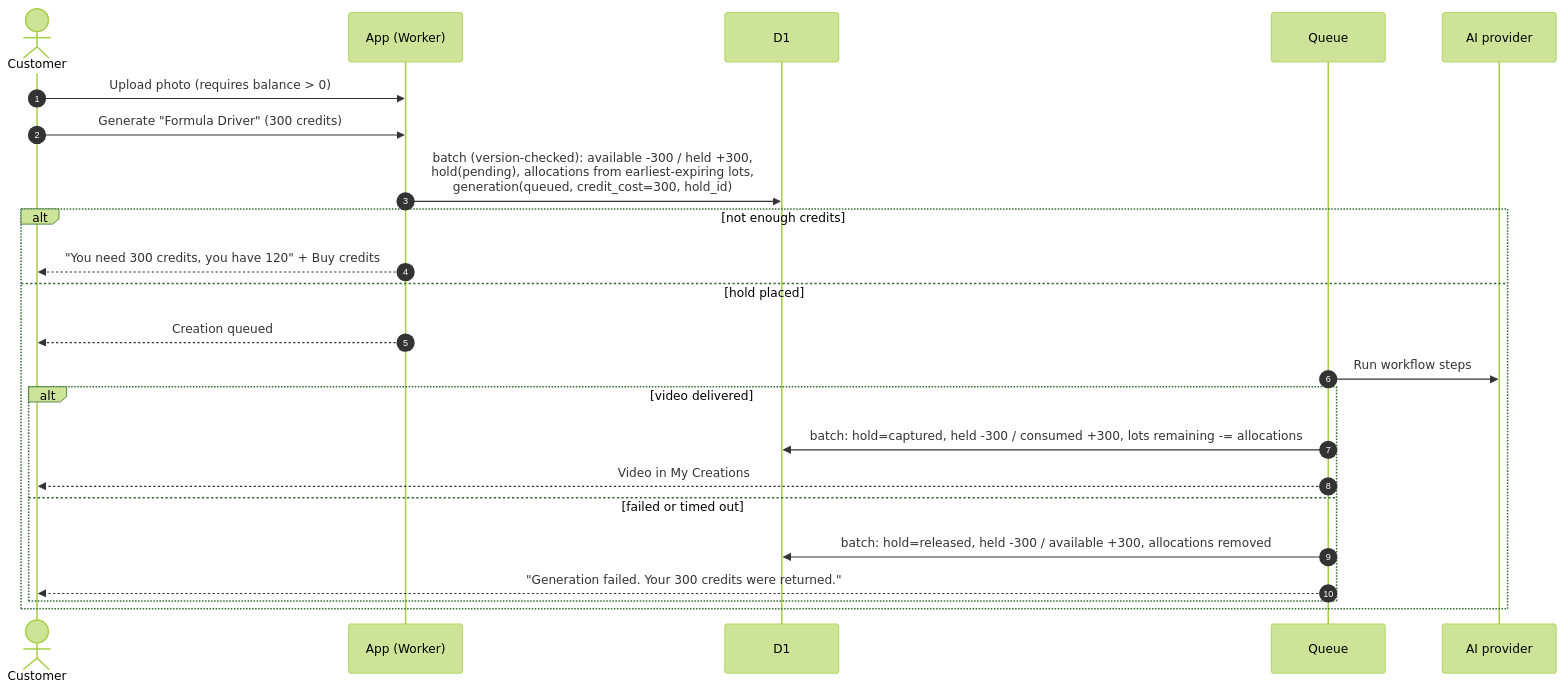
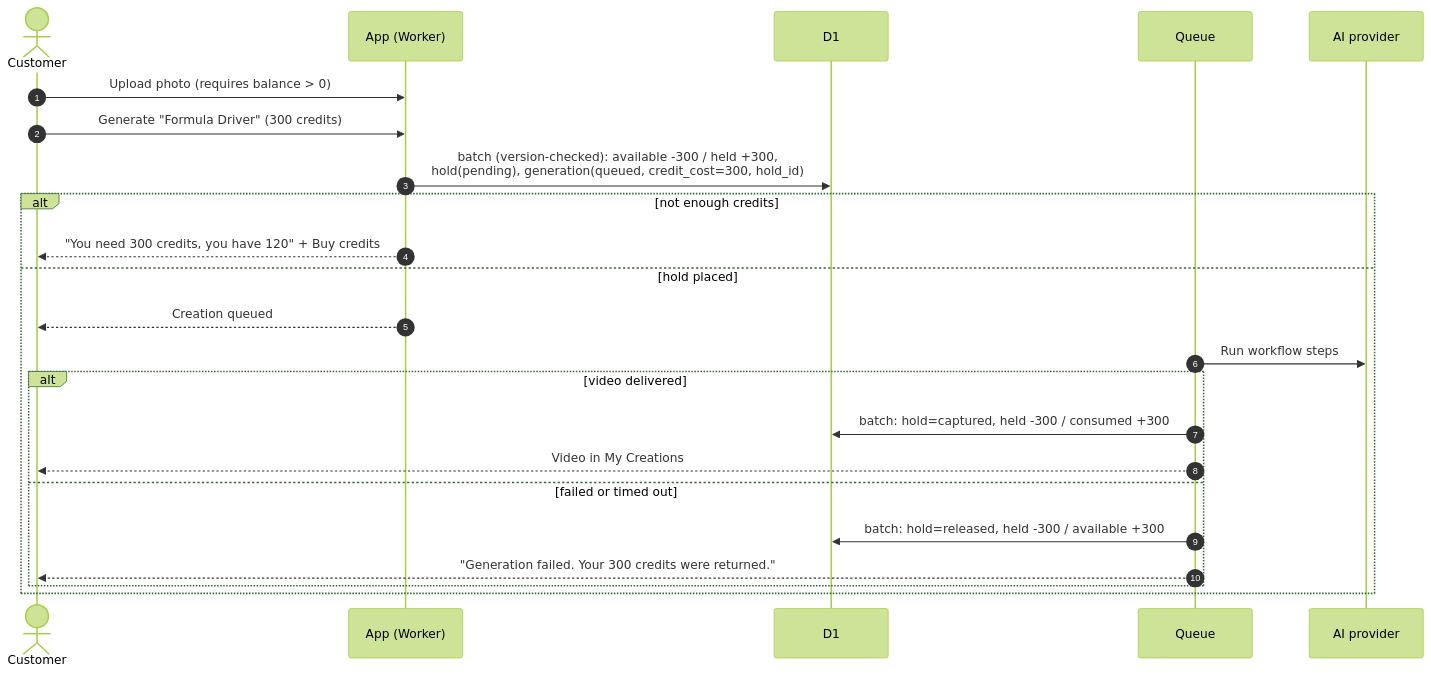
Before and after one commit to EgliMalaj09/ai-clone: the fourth of 7 diagrams in docs/CREDITS-ARCHITECTURE.md, drawn with Mermaid (forest theme). The commit also changed other lines of this file, not shown here.

````diff
--- a/docs/CREDITS-ARCHITECTURE.md
+++ b/docs/CREDITS-ARCHITECTURE.md
@@ -262,25 +261,25 @@
 ```mermaid
 sequenceDiagram
   autonumber
   actor U as Customer
   participant W as App (Worker)
   participant DB as D1
   participant Q as Queue
   participant AI as AI provider
   U->>W: Upload photo (requires balance > 0)
   U->>W: Generate "Formula Driver" (300 credits)
-  W->>DB: batch (version-checked): available -300 / held +300,<br/>hold(pending), allocations from earliest-expiring lots,<br/>generation(queued, credit_cost=300, hold_id)
+  W->>DB: batch (version-checked): available -300 / held +300,<br/>hold(pending), generation(queued, credit_cost=300, hold_id)
   alt not enough credits
     W-->>U: "You need 300 credits, you have 120" + Buy credits
   else hold placed
     W-->>U: Creation queued
     Q->>AI: Run workflow steps
     alt video delivered
-      Q->>DB: batch: hold=captured, held -300 / consumed +300, lots remaining -= allocations
+      Q->>DB: batch: hold=captured, held -300 / consumed +300
       Q-->>U: Video in My Creations
     else failed or timed out
-      Q->>DB: batch: hold=released, held -300 / available +300, allocations removed
+      Q->>DB: batch: hold=released, held -300 / available +300
       Q-->>U: "Generation failed. Your 300 credits were returned."
     end
   end
 ```
````
